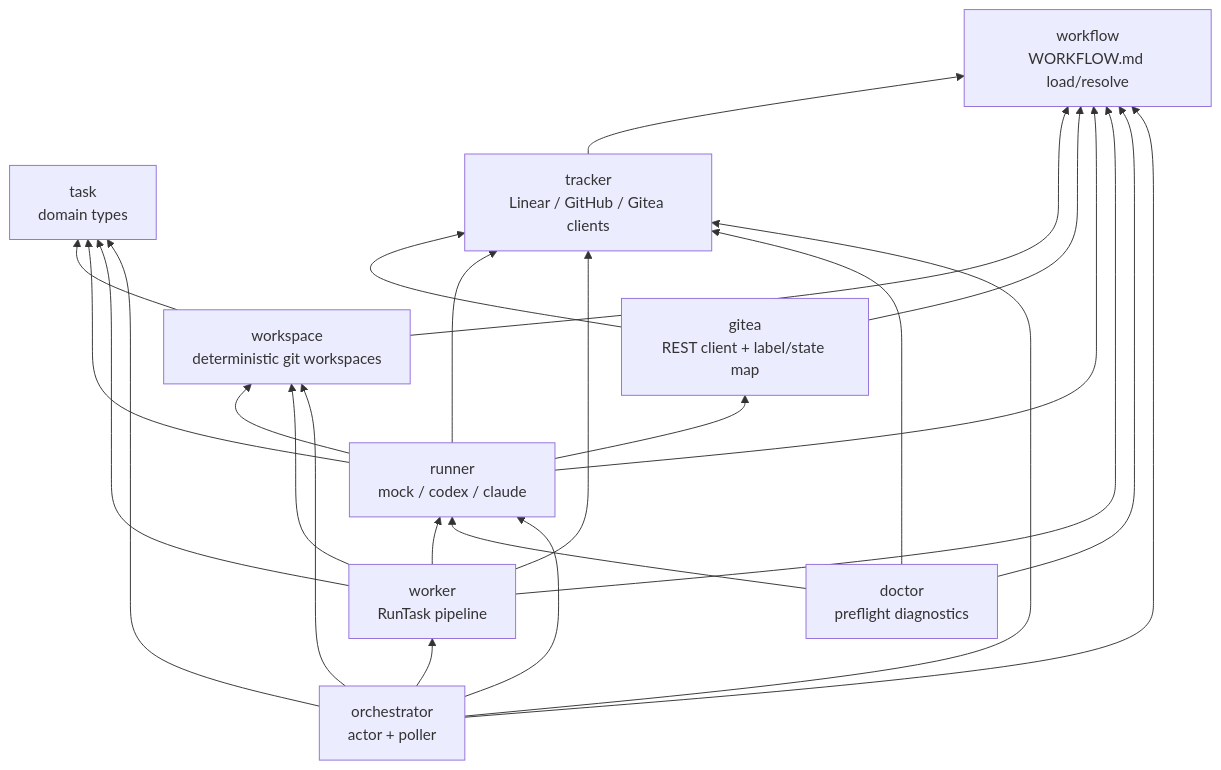
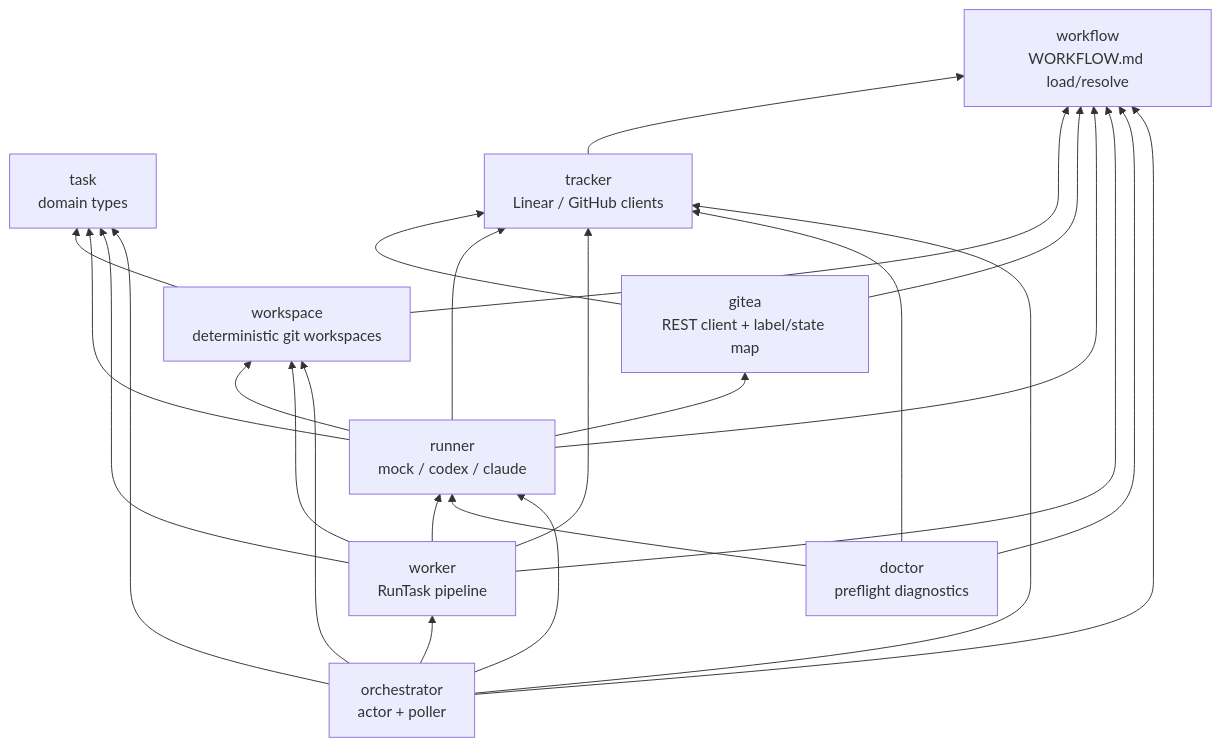
The second of 4 diagrams in docs/architecture.md (xrf9268-hue/aiops-platform), drawn with Mermaid before and after one commit. The commit also changed other lines of this file and 1 other file, not shown here.

First line of the commit message:
docs(architecture): drop removed policy gate from workspace/WORKFLOW nodes

````diff
--- a/docs/architecture.md
+++ b/docs/architecture.md
@@ -71,37 +75,37 @@
 ```mermaid
 flowchart BT
     task["task<br/>domain types"]
     workflow["workflow<br/>WORKFLOW.md load/resolve"]
-    tracker["tracker<br/>Linear / GitHub / Gitea clients"]
+    tracker["tracker<br/>Linear / GitHub clients"]
     workspace["workspace<br/>deterministic git workspaces"]
     gitea["gitea<br/>REST client + label/state map"]
     runner["runner<br/>mock / codex / claude"]
     worker["worker<br/>RunTask pipeline"]
     doctor["doctor<br/>preflight diagnostics"]
     orchestrator["orchestrator<br/>actor + poller"]
 
     tracker --> workflow
     workspace --> task
     workspace --> workflow
     gitea --> tracker
     gitea --> workflow
     runner --> task
     runner --> tracker
     runner --> workflow
     runner --> workspace
     runner --> gitea
     worker --> runner
     worker --> task
     worker --> tracker
     worker --> workflow
     worker --> workspace
     doctor --> runner
     doctor --> tracker
     doctor --> workflow
     orchestrator --> runner
     orchestrator --> task
     orchestrator --> tracker
     orchestrator --> worker
     orchestrator --> workflow
     orchestrator --> workspace
 ```
````
